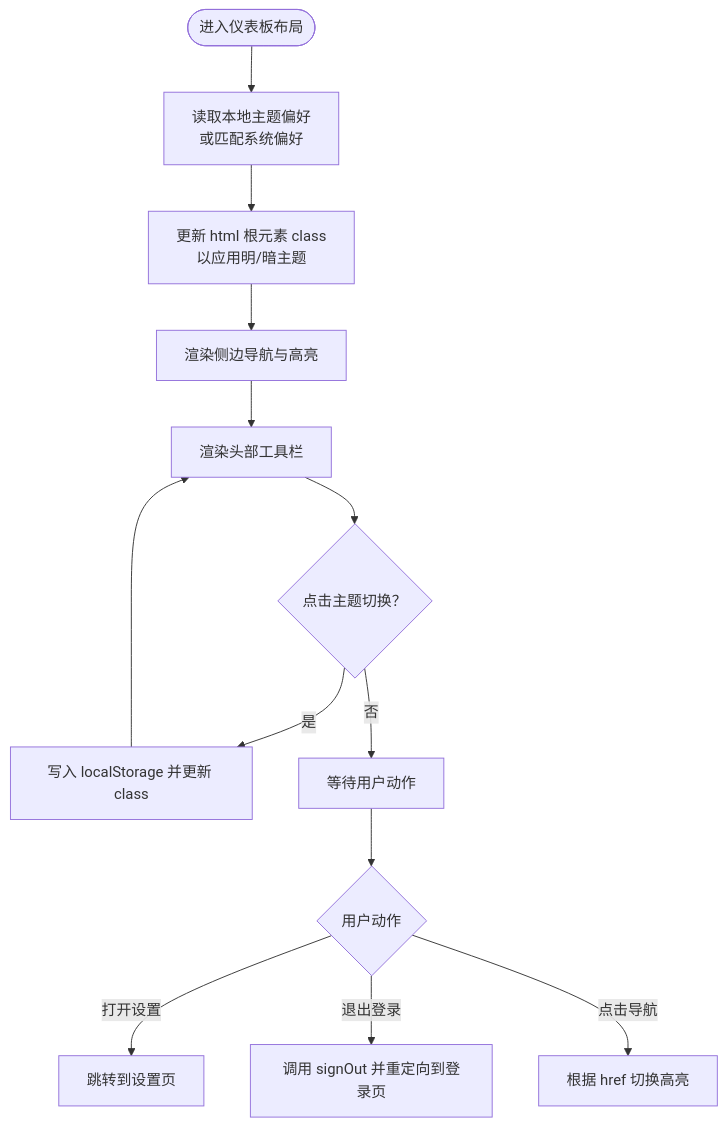
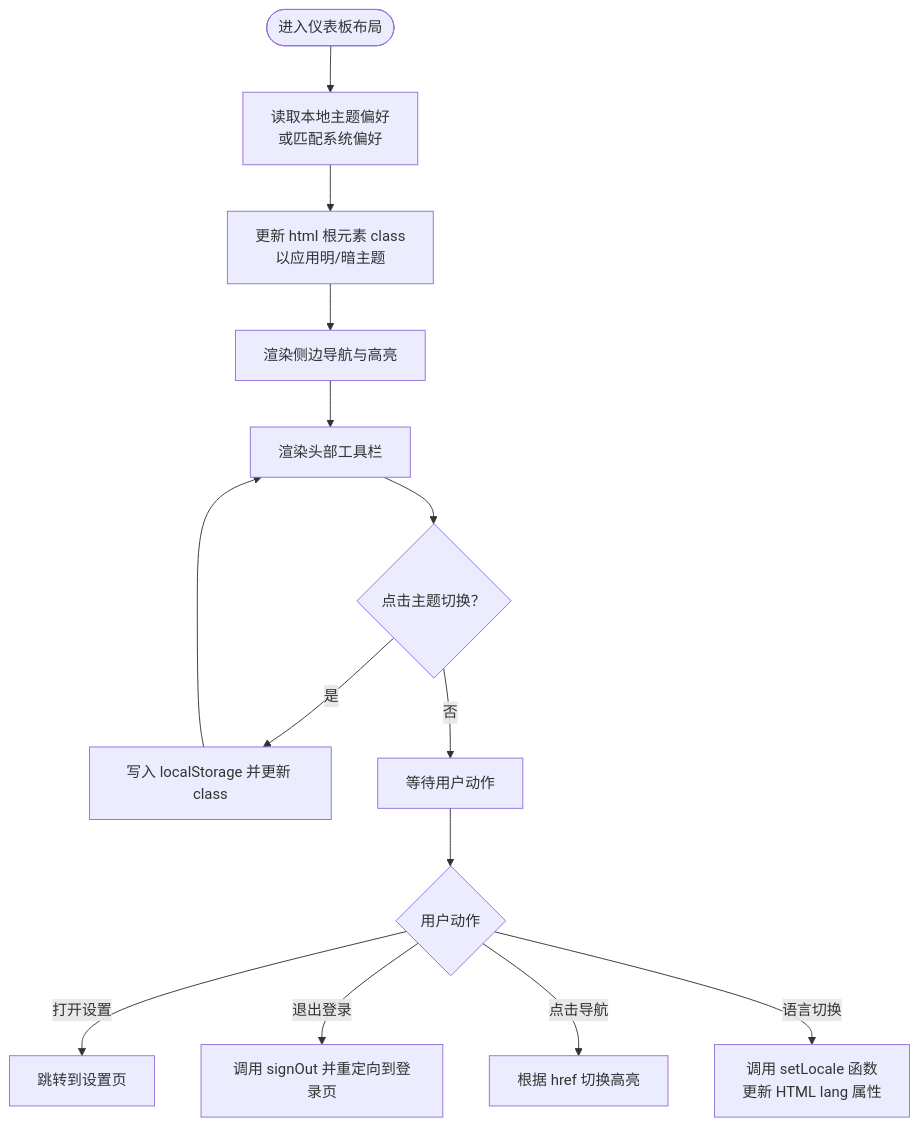
One commit to RadiumAg/AIGate changed the third of 8 diagrams in .qoder/repowiki/zh/content/前端组件/前端组件.md. Above: the diagram before and after it, drawn with Mermaid. The commit also changed other lines of this file and 4 other files, not shown here.

````diff
--- a/.qoder/repowiki/zh/content/前端组件/前端组件.md
+++ b/.qoder/repowiki/zh/content/前端组件/前端组件.md
@@ -263,15 +320,16 @@
 ```mermaid
 flowchart TD
 Start(["进入仪表板布局"]) --> LoadTheme["读取本地主题偏好<br/>或匹配系统偏好"]
 LoadTheme --> ApplyDOM["更新 html 根元素 class<br/>以应用明/暗主题"]
 ApplyDOM --> RenderSidebar["渲染侧边导航与高亮"]
 RenderSidebar --> RenderHeader["渲染头部工具栏"]
 RenderHeader --> ThemeToggle{"点击主题切换？"}
 ThemeToggle --> |是| SaveTheme["写入 localStorage 并更新 class"]
 ThemeToggle --> |否| WaitAction["等待用户动作"]
 SaveTheme --> RenderHeader
 WaitAction --> Action{"用户动作"}
 Action --> |打开设置| GoSettings["跳转到设置页"]
 Action --> |退出登录| SignOut["调用 signOut 并重定向到登录页"]
 Action --> |点击导航| Nav["根据 href 切换高亮"]
+Action --> |语言切换| SwitchLang["调用 setLocale 函数<br/>更新 HTML lang 属性"]
 ```
````
